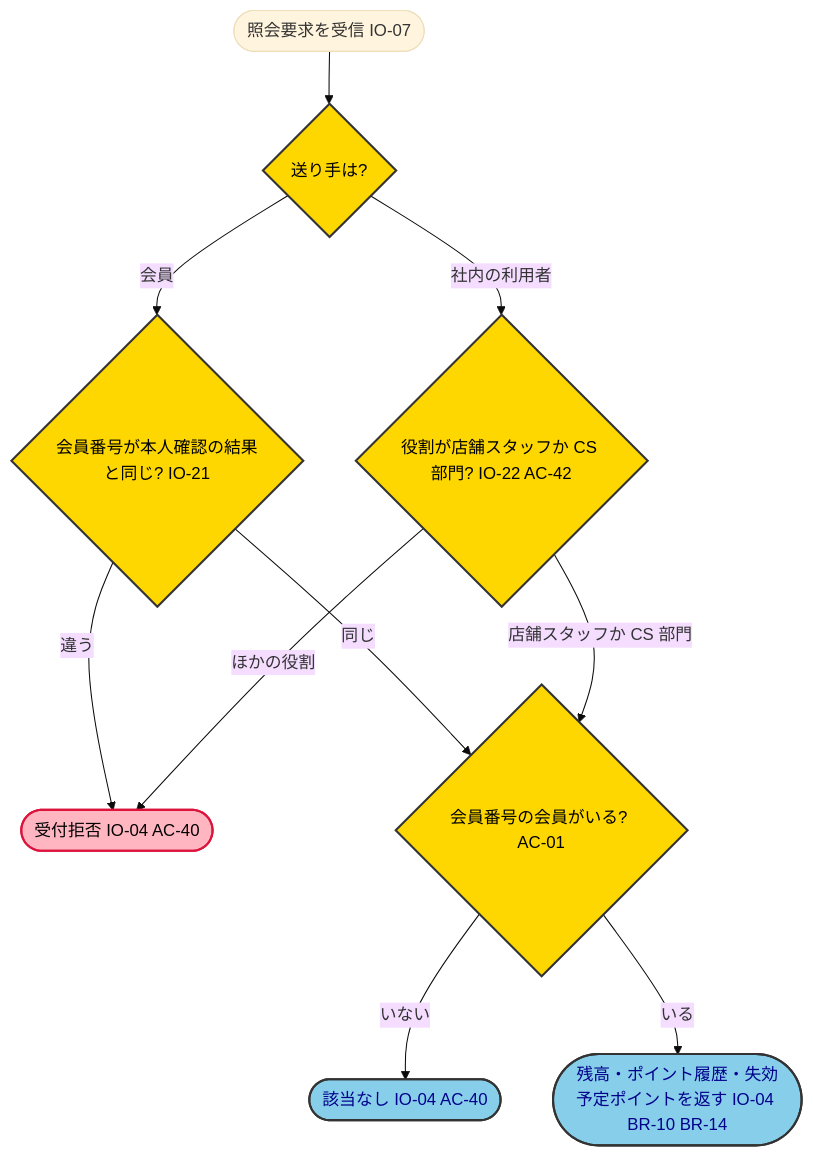
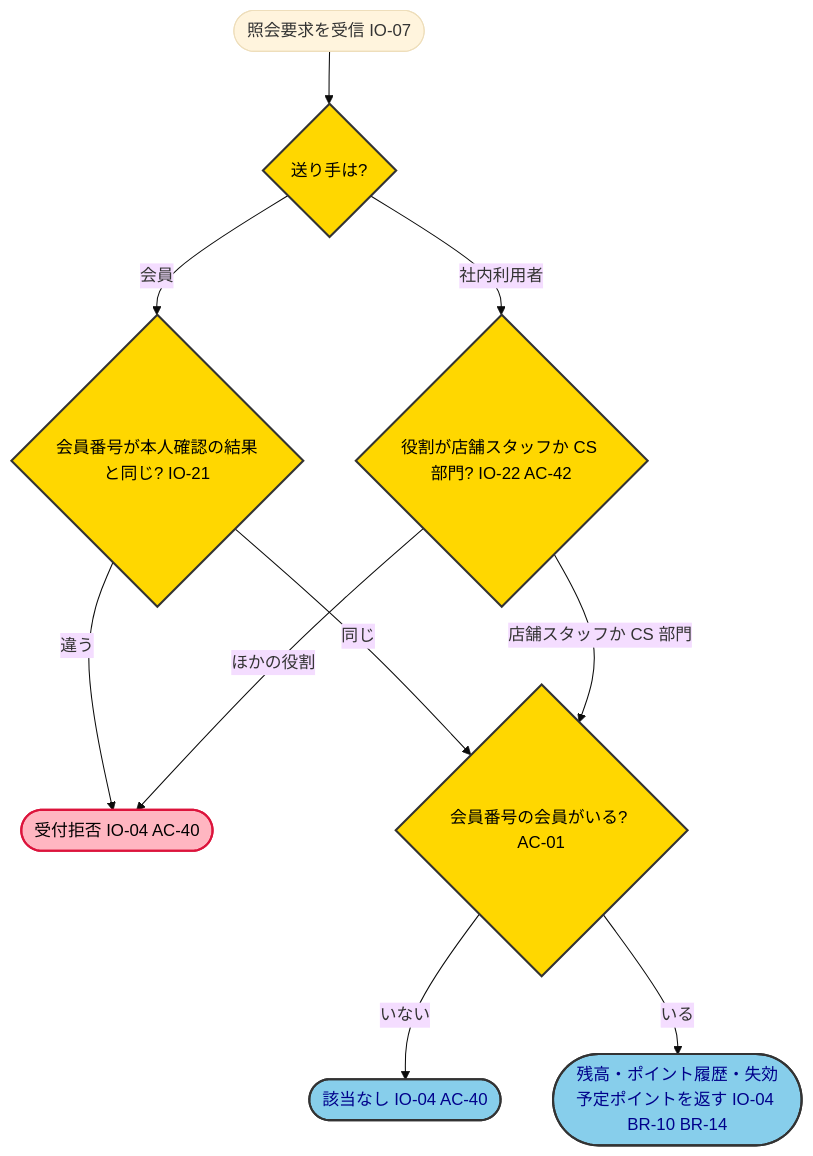
Before and after one commit to kasiopeiya/claude-dev-template: the seventh of 9 diagrams in samples/docs/requirements-detail.md, drawn with Mermaid (base theme). The commit also changed other lines of this file, not shown here.

Commit message:
docs: 手本の F-03 の図の凡例を図ごとに分け、社内利用者の呼び方をそろえる (#1919)

````diff
--- a/samples/docs/requirements-detail.md
+++ b/samples/docs/requirements-detail.md
@@ -681,19 +683,19 @@
 ```mermaid
 flowchart TD
     start(["照会要求を受信 IO-07"]) --> who{"送り手は?"}
     who -->|会員| self{"会員番号が本人確認の結果と同じ? IO-21"}
-    who -->|社内の利用者| role{"役割が店舗スタッフか CS 部門? IO-22 AC-42"}
+    who -->|社内利用者| role{"役割が店舗スタッフか CS 部門? IO-22 AC-42"}
     self -->|違う| deny(["受付拒否 IO-04 AC-40"])
     role -->|ほかの役割| deny
     self -->|同じ| found{"会員番号の会員がいる? AC-01"}
     role -->|店舗スタッフか CS 部門| found
     found -->|いない| none(["該当なし IO-04 AC-40"])
     found -->|いる| ok(["残高・ポイント履歴・失効予定ポイントを返す IO-04 BR-10 BR-14"])
 
     classDef decision fill:#FFD700,stroke:#333,stroke-width:2px,color:black
     classDef result fill:#87CEEB,stroke:#333,stroke-width:2px,color:darkblue
     classDef error fill:#FFB6C1,stroke:#DC143C,stroke-width:2px,color:black
     class who,self,role,found decision
     class ok,none result
     class deny error
 ```
````
